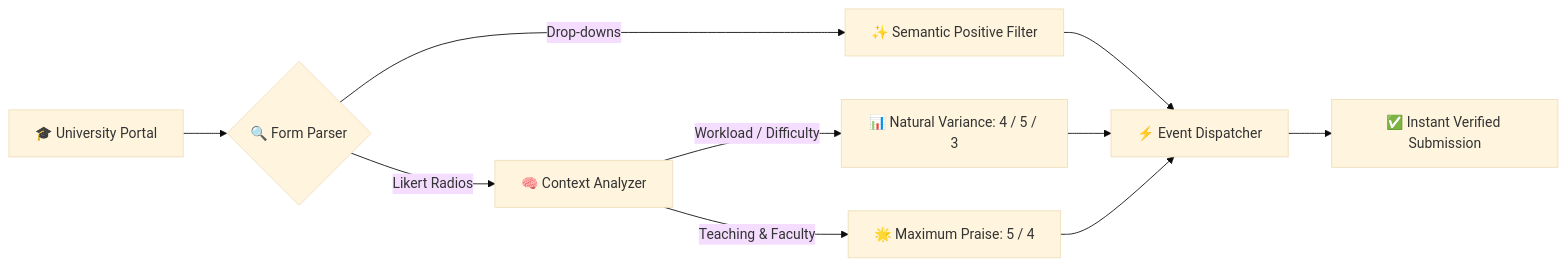
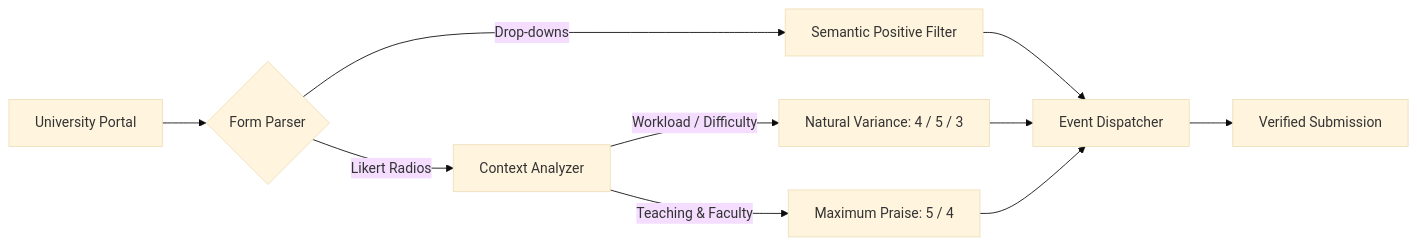
One commit to ertandev/obs-survey-autofill changed the diagram in README.md. Above: the diagram before and after it, drawn with Mermaid (base theme). The commit also changed other lines of this file and 1 other file, not shown here.

````diff
--- a/README.md
+++ b/README.md
@@ -62,15 +64,15 @@
 ```mermaid
 flowchart LR
-    A[🎓 University Portal] --> B{🔍 Form Parser}
-    B -->|Likert Radios| C[🧠 Context Analyzer]
-    B -->|Drop-downs| D[✨ Semantic Positive Filter]
+    A[University Portal] --> B{Form Parser}
+    B -->|Likert Radios| C[Context Analyzer]
+    B -->|Drop-downs| D[Semantic Positive Filter]
     
-    C -->|Workload / Difficulty| E[📊 Natural Variance: 4 / 5 / 3]
-    C -->|Teaching & Faculty| F[🌟 Maximum Praise: 5 / 4]
+    C -->|Workload / Difficulty| E[Natural Variance: 4 / 5 / 3]
+    C -->|Teaching & Faculty| F[Maximum Praise: 5 / 4]
     
-    D --> G[⚡ Event Dispatcher]
+    D --> G[Event Dispatcher]
     E --> G
     F --> G
     
-    G --> H[✅ Instant Verified Submission]
+    G --> H[Verified Submission]
 ```
````
